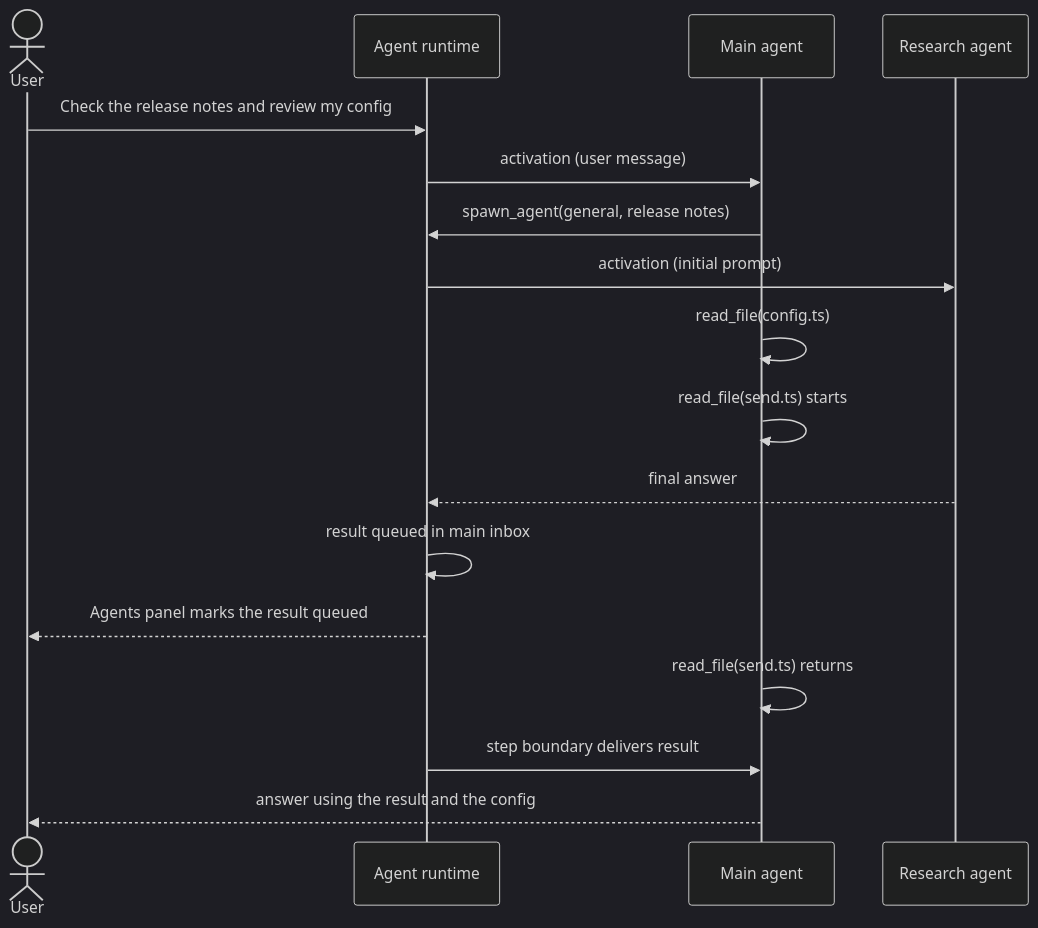
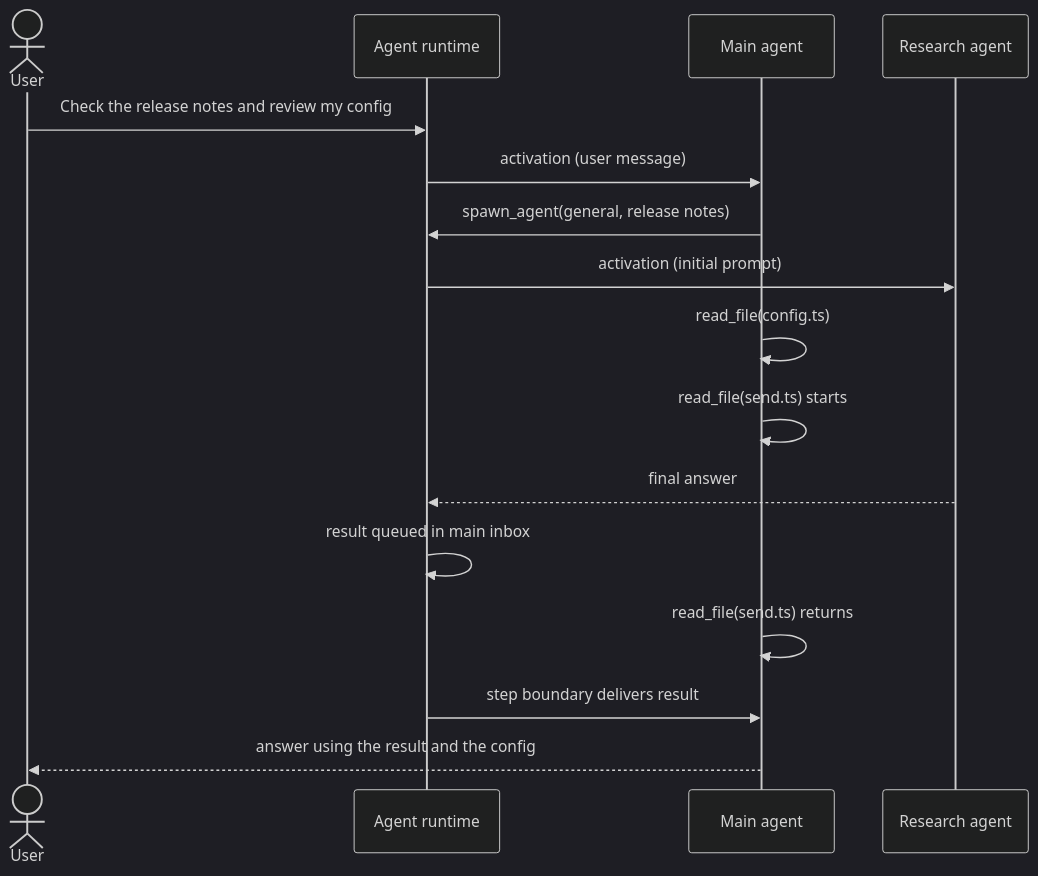
One commit to NickAwrist/euler changed the sixth of 7 diagrams in docs/design/async-agents.md. Above: the diagram before and after it, drawn with Mermaid (dark theme). The commit also changed other lines of this file and 16 other files, not shown here.

````diff
--- a/docs/design/async-agents.md
+++ b/docs/design/async-agents.md
@@ -362,19 +279,18 @@
 ```mermaid
 sequenceDiagram
   actor User
   participant RT as Agent runtime
   participant Main as Main agent
   participant Sub as Research agent
   User->>RT: Check the release notes and review my config
   RT->>Main: activation (user message)
   Main->>RT: spawn_agent(general, release notes)
   RT->>Sub: activation (initial prompt)
   Main->>Main: read_file(config.ts)
   Main->>Main: read_file(send.ts) starts
   Sub-->>RT: final answer
   RT->>RT: result queued in main inbox
-  RT-->>User: Agents panel marks the result queued
   Main->>Main: read_file(send.ts) returns
   RT->>Main: step boundary delivers result
   Main-->>User: answer using the result and the config
 ```
````
